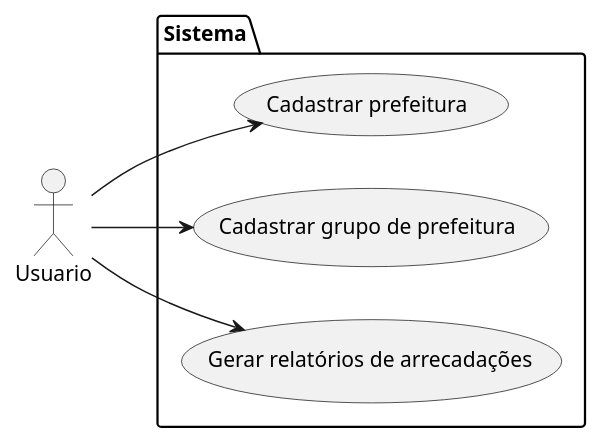
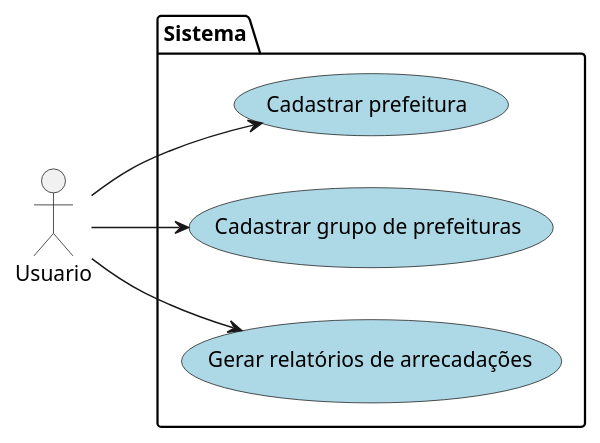
One commit to Arthur-Luciani/extensao-II changed the diagram in docs/CasoDeUso.puml. Above: the diagram before and after it, drawn with PlantUML. The commit also changed 4 other files, not shown here.

```diff
--- a/docs/CasoDeUso.puml
+++ b/docs/CasoDeUso.puml
@@ -1,16 +1,16 @@
 @startuml
 left to right direction
 
 actor "Usuario" as u
 
 package Sistema {
-    usecase "Cadastrar prefeitura" as cp
-    usecase "Cadastrar grupo de prefeitura" as cgp
-    usecase "Gerar relatórios de arrecadações" as gra
+    usecase "Cadastrar prefeitura" as cp #LightBlue
+    usecase "Cadastrar grupo de prefeituras" as cgp #LightBlue
+    usecase "Gerar relatórios de arrecadações" as gra #LightBlue
 }
 
 u --> cp
 u --> cgp
 u --> gra
 
 @enduml
```
